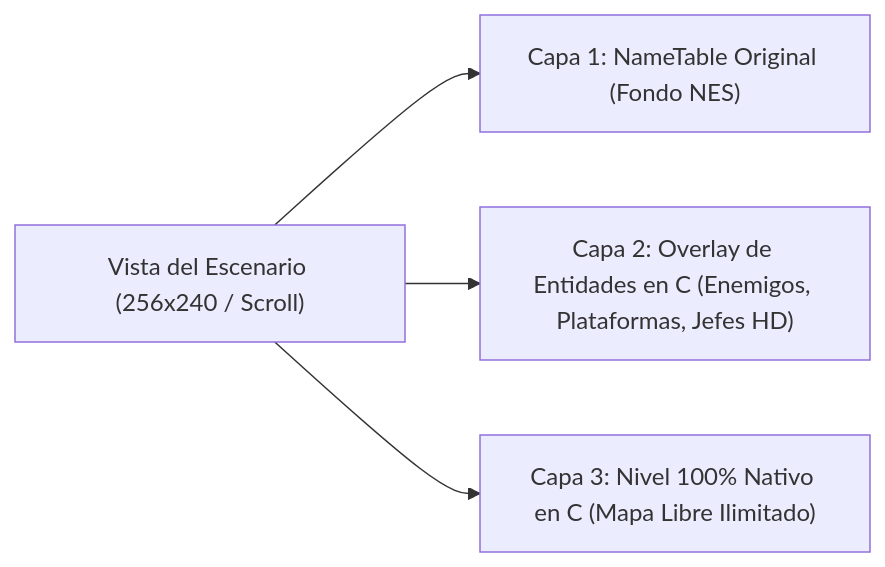
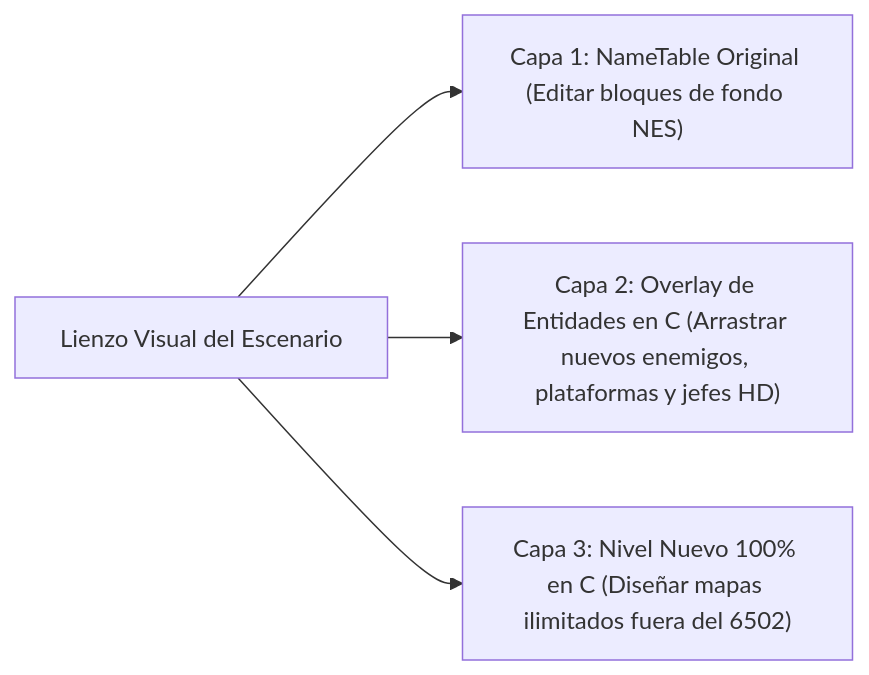
Before and after one commit to iztaneo/NesGameStudio: the second of 3 diagrams in PLAN_IMPLEMENTACION.md, drawn with Mermaid. The commit also changed other lines of this file and 1 other file, not shown here.

Commit message:
docs: Include full graphic gallery, standalone music jukebox, and automatic C injection in plan

````diff
--- a/PLAN_IMPLEMENTACION.md
+++ b/PLAN_IMPLEMENTACION.md
@@ -84,6 +83,6 @@
 ```mermaid
 flowchart LR
-    A["Vista del Escenario (256x240 / Scroll)"] --> B["Capa 1: NameTable Original (Fondo NES)"]
-    A --> C["Capa 2: Overlay de Entidades en C (Enemigos, Plataformas, Jefes HD)"]
-    A --> D["Capa 3: Nivel 100% Nativo en C (Mapa Libre Ilimitado)"]
+    A["Lienzo Visual del Escenario"] --> B["Capa 1: NameTable Original (Editar bloques de fondo NES)"]
+    A --> C["Capa 2: Overlay de Entidades en C (Arrastrar nuevos enemigos, plataformas y jefes HD)"]
+    A --> D["Capa 3: Nivel Nuevo 100% en C (Diseñar mapas ilimitados fuera del 6502)"]
 ```
````
